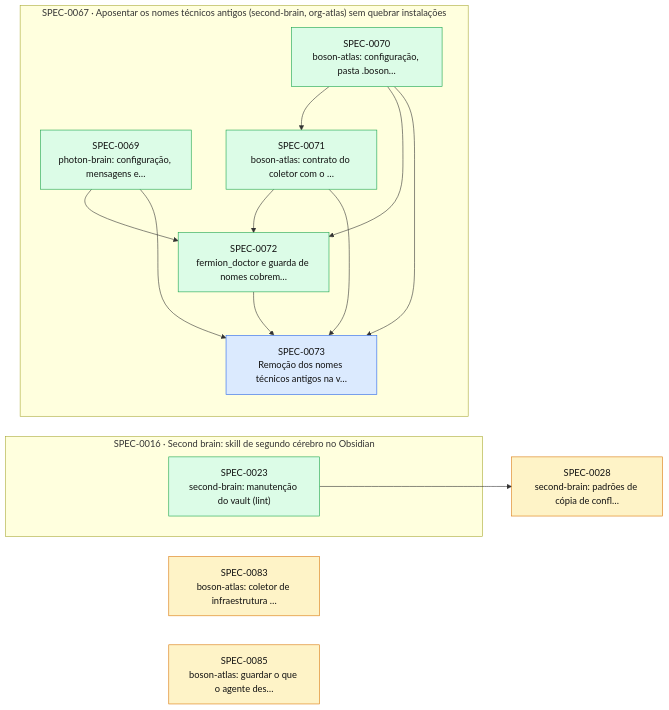
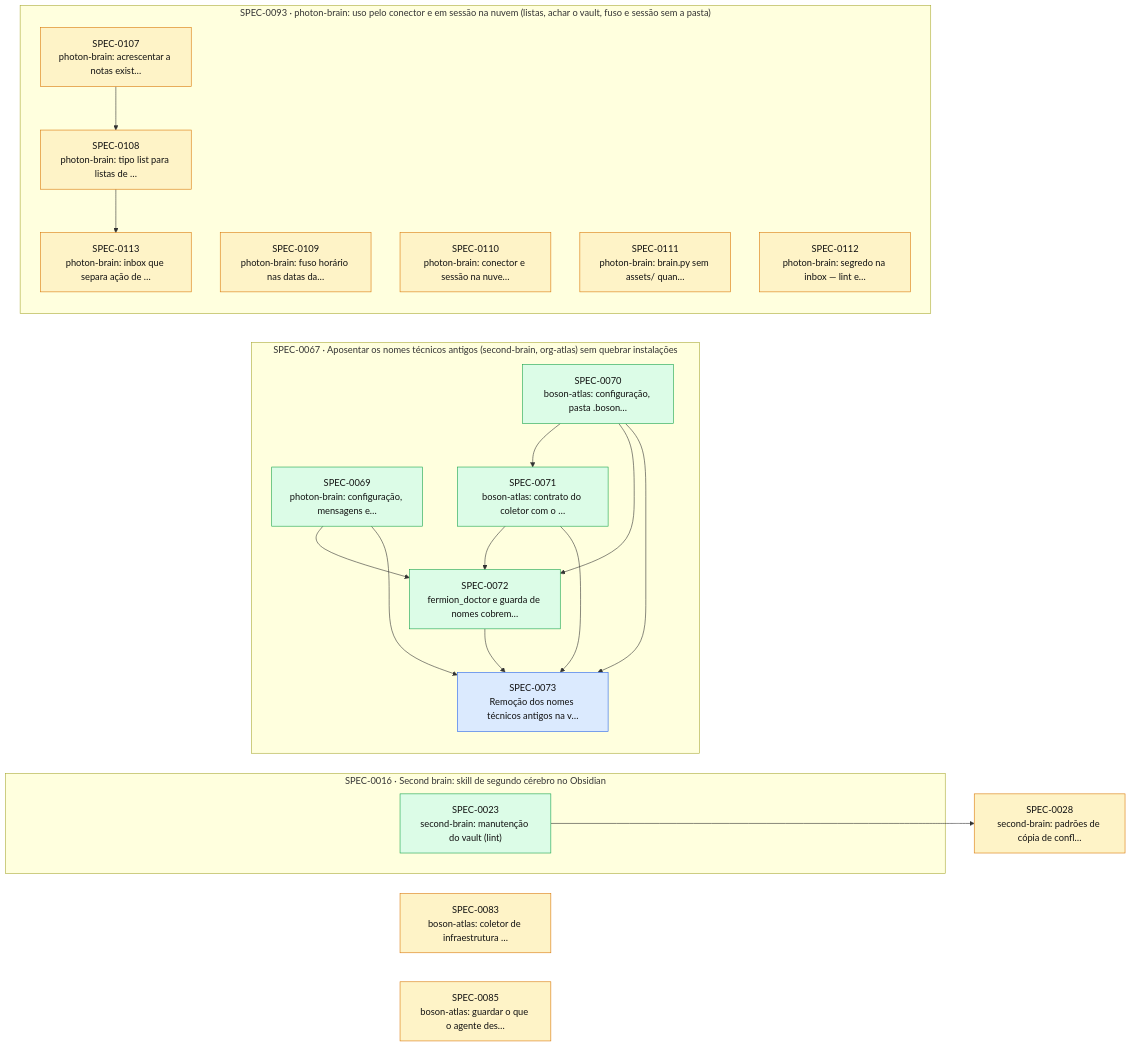
One commit to thomasravache/ai-dev-brain changed the diagram in docs/specs/INDEX.md. Above: the diagram before and after it, drawn with Mermaid. The commit also changed other lines of this file and 9 other files, not shown here.

First line of the commit message:
docs(specs): detalha o épico SPEC-0093 nas filhas SPEC-0107 a SPEC-0113 e o ADR-0027

````diff
--- a/docs/specs/INDEX.md
+++ b/docs/specs/INDEX.md
@@ -65,30 +72,41 @@
 ```mermaid
 flowchart LR
   S0028["SPEC-0028<br/>second-brain: padrões de cópia de confl…"]:::proposed
   S0083["SPEC-0083<br/>boson-atlas: coletor de infraestrutura …"]:::proposed
   S0085["SPEC-0085<br/>boson-atlas: guardar o que o agente des…"]:::proposed
   subgraph E0016["SPEC-0016 · Second brain: skill de segundo cérebro no Obsidian"]
     S0023["SPEC-0023<br/>second-brain: manutenção do vault (lint)"]:::implemented
   end
   subgraph E0067["SPEC-0067 · Aposentar os nomes técnicos antigos (second-brain, org-atlas) sem quebrar instalações"]
     S0069["SPEC-0069<br/>photon-brain: configuração, mensagens e…"]:::implemented
     S0070["SPEC-0070<br/>boson-atlas: configuração, pasta .boson…"]:::implemented
     S0071["SPEC-0071<br/>boson-atlas: contrato do coletor com o …"]:::implemented
     S0072["SPEC-0072<br/>fermion_doctor e guarda de nomes cobrem…"]:::implemented
     S0073["SPEC-0073<br/>Remoção dos nomes técnicos antigos na v…"]:::approved
   end
+  subgraph E0093["SPEC-0093 · photon-brain: uso pelo conector e em sessão na nuvem (listas, achar o vault, fuso e sessão sem a pasta)"]
+    S0107["SPEC-0107<br/>photon-brain: acrescentar a notas exist…"]:::proposed
+    S0108["SPEC-0108<br/>photon-brain: tipo list para listas de …"]:::proposed
+    S0109["SPEC-0109<br/>photon-brain: fuso horário nas datas da…"]:::proposed
+    S0110["SPEC-0110<br/>photon-brain: conector e sessão na nuve…"]:::proposed
+    S0111["SPEC-0111<br/>photon-brain: brain.py sem assets/ quan…"]:::proposed
+    S0112["SPEC-0112<br/>photon-brain: segredo na inbox — lint e…"]:::proposed
+    S0113["SPEC-0113<br/>photon-brain: inbox que separa ação de …"]:::proposed
+  end
   S0023 --> S0028
   S0070 --> S0071
   S0069 --> S0072
   S0070 --> S0072
   S0071 --> S0072
   S0069 --> S0073
   S0070 --> S0073
   S0071 --> S0073
   S0072 --> S0073
+  S0107 --> S0108
+  S0108 --> S0113
   classDef proposed fill:#fef3c7,stroke:#d97706,color:#111
   classDef approved fill:#dbeafe,stroke:#2563eb,color:#111
   classDef inprogress fill:#ede9fe,stroke:#7c3aed,color:#111
   classDef implemented fill:#dcfce7,stroke:#16a34a,color:#111
   classDef deprecated fill:#f3f4f6,stroke:#9ca3af,color:#6b7280
 ```
````
